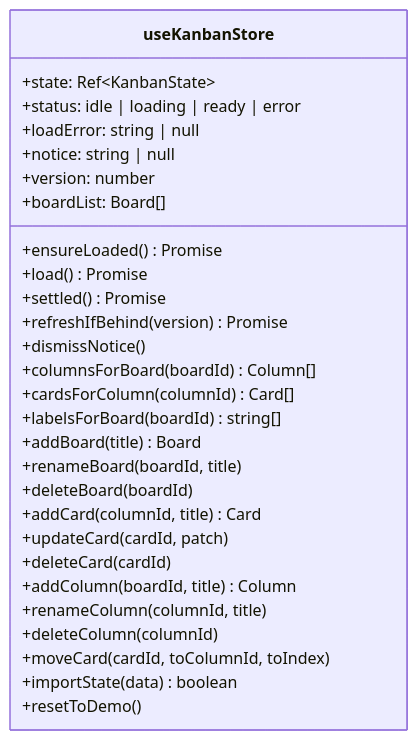
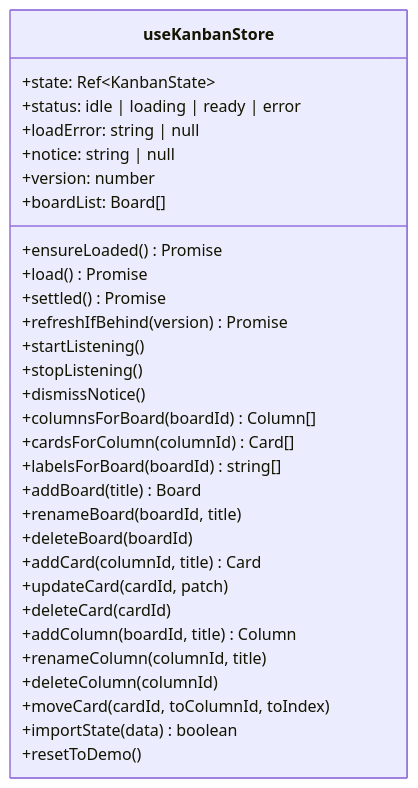
The seventh of 17 diagrams in docs/architecture.md (0quasarquantum0/Kanban_Vue), drawn with Mermaid before and after one commit. The commit also changed other lines of this file and 16 other files, not shown here.

````diff
--- a/docs/architecture.md
+++ b/docs/architecture.md
@@ -180,31 +180,33 @@
 ```mermaid
 classDiagram
   class useKanbanStore {
     +state: Ref~KanbanState~
     +status: idle | loading | ready | error
     +loadError: string | null
     +notice: string | null
     +version: number
     +ensureLoaded() Promise
     +load() Promise
     +settled() Promise
     +refreshIfBehind(version) Promise
+    +startListening()
+    +stopListening()
     +dismissNotice()
     +boardList: Board[]
     +columnsForBoard(boardId) Column[]
     +cardsForColumn(columnId) Card[]
     +labelsForBoard(boardId) string[]
     +addBoard(title) Board
     +renameBoard(boardId, title)
     +deleteBoard(boardId)
     +addCard(columnId, title) Card
     +updateCard(cardId, patch)
     +deleteCard(cardId)
     +addColumn(boardId, title) Column
     +renameColumn(columnId, title)
     +deleteColumn(columnId)
     +moveCard(cardId, toColumnId, toIndex)
     +importState(data) boolean
     +resetToDemo()
   }
 ```
````
